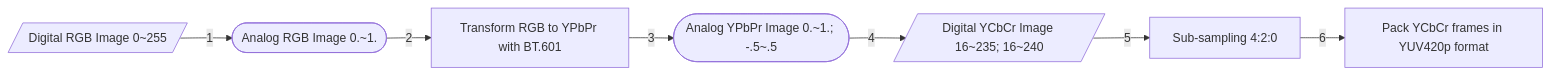
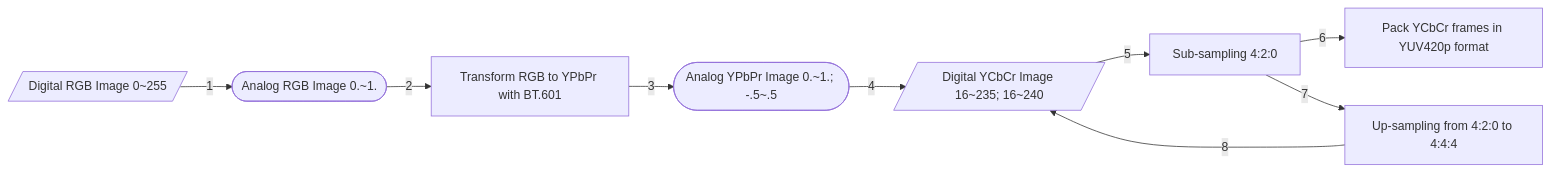
One commit to AsherJingkongChen/video-compression-assignment changed the second of 3 diagrams in outputs/README.md. Above: the diagram before and after it, drawn with Mermaid. The commit also changed other lines of this file and 2 other files, not shown here.

````diff
--- a/outputs/README.md
+++ b/outputs/README.md
@@ -118,17 +161,20 @@
 ```mermaid
 graph LR
     drgb[/Digital RGB Image 0~255/]
     argb([Analog RGB Image 0.~1.])
     tran[Transform RGB to YPbPr with BT.601]
     ayuv([Analog YPbPr Image 0.~1.; -.5~.5])
     dyuv[/Digital YCbCr Image 16~235; 16~240/]
     sub[Sub-sampling 4:2:0]
+    ups[Up-sampling from 4:2:0 to 4:4:4]
     pack[Pack YCbCr frames in YUV420p format]
 
     drgb -->|1| argb
     argb -->|2| tran
     tran -->|3| ayuv
     ayuv -->|4| dyuv
     dyuv -->|5| sub
     sub -->|6| pack
+    sub -->|7| ups
+    ups -->|8| dyuv
 ```
````
